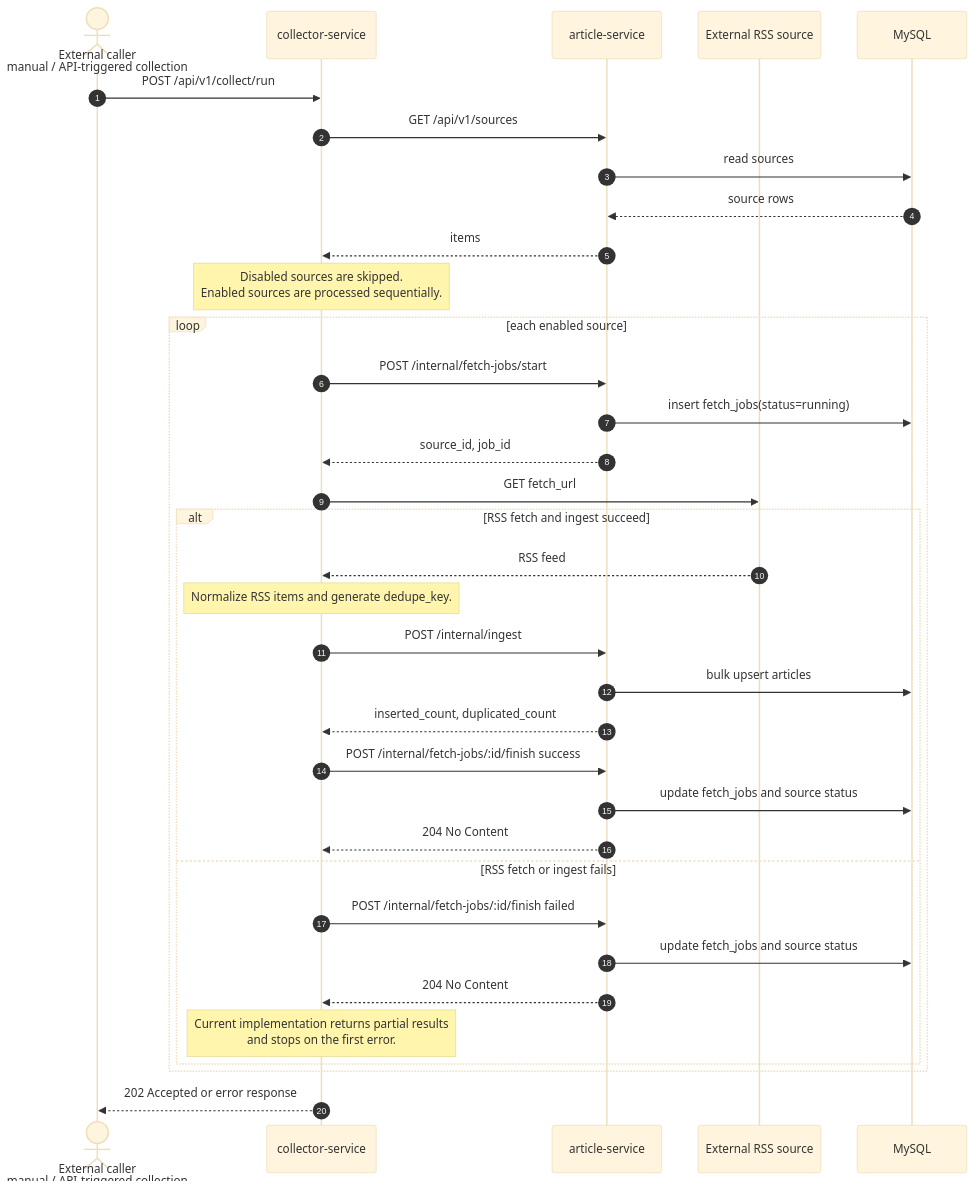
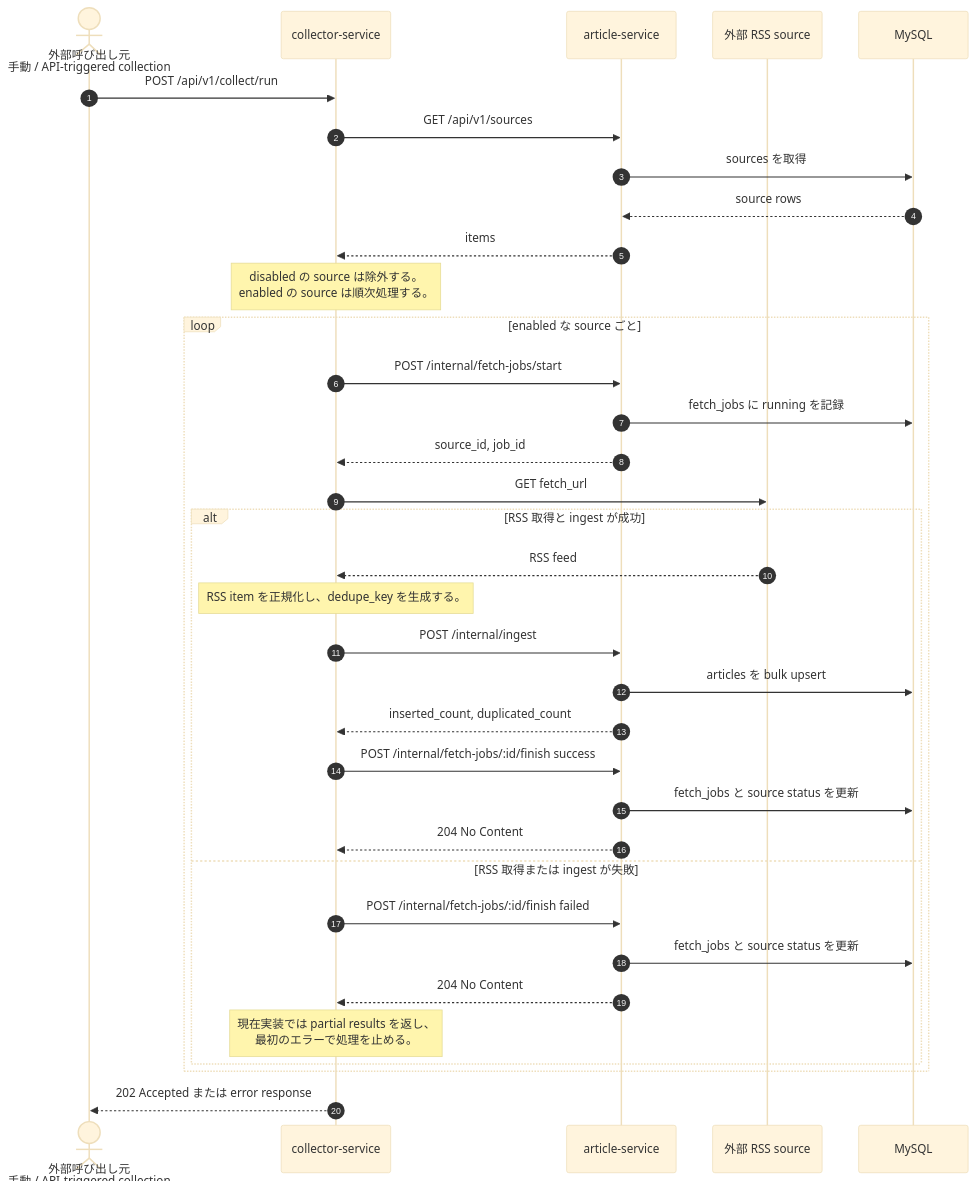
The diagram in docs/diagrams/article-collection-flow.md (syuhei0519/tech-news-hub), drawn with Mermaid (base theme) before and after one commit.

Commit message:
docs: 記事収集フロー図を日本語化

````diff
--- a/docs/diagrams/article-collection-flow.md
+++ b/docs/diagrams/article-collection-flow.md
@@ -6,42 +6,42 @@
 ```mermaid
 sequenceDiagram
   autonumber
-  actor Caller as External caller<br/>manual / API-triggered collection
+  actor Caller as 外部呼び出し元<br/>手動 / API-triggered collection
   participant Collector as collector-service
   participant Article as article-service
-  participant RSS as External RSS source
+  participant RSS as 外部 RSS source
   participant DB as MySQL
 
   Caller->>Collector: POST /api/v1/collect/run
   Collector->>Article: GET /api/v1/sources
-  Article->>DB: read sources
+  Article->>DB: sources を取得
   DB-->>Article: source rows
   Article-->>Collector: items
-  Note over Collector: Disabled sources are skipped.<br/>Enabled sources are processed sequentially.
+  Note over Collector: disabled の source は除外する。<br/>enabled の source は順次処理する。
 
-  loop each enabled source
+  loop enabled な source ごと
     Collector->>Article: POST /internal/fetch-jobs/start
-    Article->>DB: insert fetch_jobs(status=running)
+    Article->>DB: fetch_jobs に running を記録
     Article-->>Collector: source_id, job_id
 
     Collector->>RSS: GET fetch_url
 
-    alt RSS fetch and ingest succeed
+    alt RSS 取得と ingest が成功
       RSS-->>Collector: RSS feed
-      Note over Collector: Normalize RSS items and generate dedupe_key.
+      Note over Collector: RSS item を正規化し、dedupe_key を生成する。
       Collector->>Article: POST /internal/ingest
-      Article->>DB: bulk upsert articles
+      Article->>DB: articles を bulk upsert
       Article-->>Collector: inserted_count, duplicated_count
       Collector->>Article: POST /internal/fetch-jobs/:id/finish success
-      Article->>DB: update fetch_jobs and source status
+      Article->>DB: fetch_jobs と source status を更新
       Article-->>Collector: 204 No Content
-    else RSS fetch or ingest fails
+    else RSS 取得または ingest が失敗
       Collector->>Article: POST /internal/fetch-jobs/:id/finish failed
-      Article->>DB: update fetch_jobs and source status
+      Article->>DB: fetch_jobs と source status を更新
       Article-->>Collector: 204 No Content
-      Note over Collector: Current implementation returns partial results<br/>and stops on the first error.
+      Note over Collector: 現在実装では partial results を返し、<br/>最初のエラーで処理を止める。
     end
   end
 
-  Collector-->>Caller: 202 Accepted or error response
+  Collector-->>Caller: 202 Accepted または error response
 ```
````
